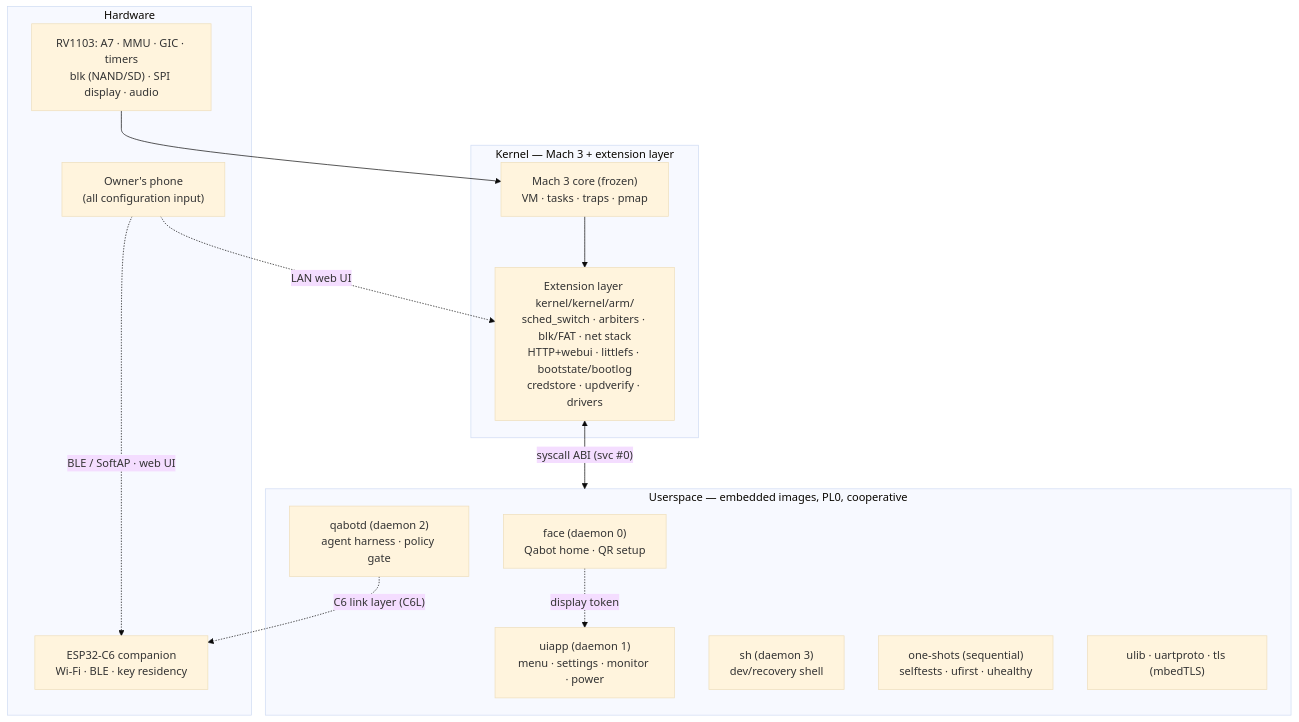
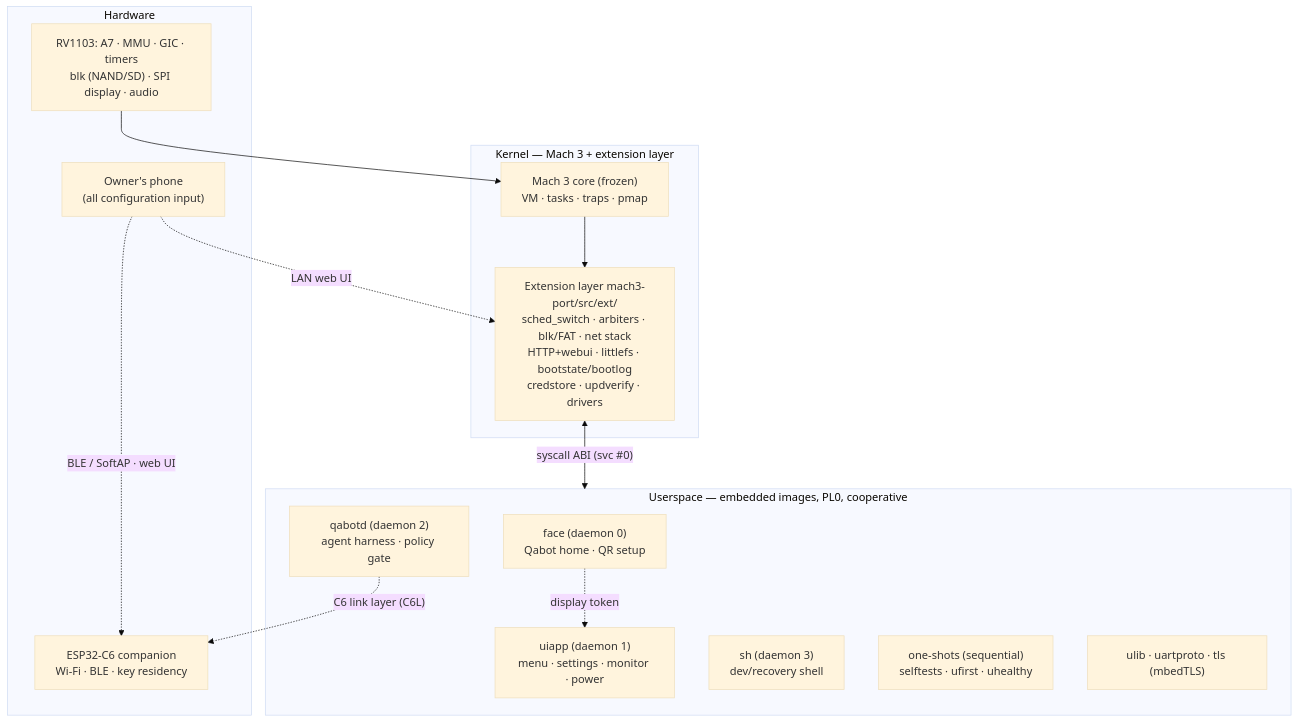
The first of 9 diagrams in docs/ARSITEKTUR-SISTEM.md (hafidz98/qaonicos), drawn with Mermaid (base theme) before and after one commit. The commit also changed 16 other files, not shown here.

First line of the commit message:
Restructure: living-docs path updates + mach3-port layout map

````diff
--- a/docs/ARSITEKTUR-SISTEM.md
+++ b/docs/ARSITEKTUR-SISTEM.md
@@ -63,27 +63,27 @@
 ```mermaid
 graph TB
     subgraph HW["Hardware"]
         RV["RV1103: A7 · MMU · GIC · timers<br/>blk (NAND/SD) · SPI display · audio"]
         C6["ESP32-C6 companion<br/>Wi-Fi · BLE · key residency"]
         PHONE["Owner's phone<br/>(all configuration input)"]
     end
     subgraph K["Kernel — Mach 3 + extension layer"]
         CORE["Mach 3 core (frozen)<br/>VM · tasks · traps · pmap"]
-        EXT["Extension layer kernel/kernel/arm/<br/>sched_switch · arbiters · blk/FAT · net stack<br/>HTTP+webui · littlefs · bootstate/bootlog<br/>credstore · updverify · drivers"]
+        EXT["Extension layer mach3-port/src/ext/<br/>sched_switch · arbiters · blk/FAT · net stack<br/>HTTP+webui · littlefs · bootstate/bootlog<br/>credstore · updverify · drivers"]
     end
     subgraph U["Userspace — embedded images, PL0, cooperative"]
         FACE["face (daemon 0)<br/>Qabot home · QR setup"]
         UIAPP["uiapp (daemon 1)<br/>menu · settings · monitor · power"]
         QABOTD["qabotd (daemon 2)<br/>agent harness · policy gate"]
         SH["sh (daemon 3)<br/>dev/recovery shell"]
         ONE["one-shots (sequential)<br/>selftests · ufirst · uhealthy"]
         LIB["ulib · uartproto · tls (mbedTLS)"]
     end
     RV --> CORE
     CORE --> EXT
     EXT <-->|"syscall ABI (svc #0)"| U
     FACE -.->|"display token"| UIAPP
     QABOTD -.->|"C6 link layer (C6L)"| C6
     PHONE -.->|"BLE / SoftAP · web UI"| C6
     PHONE -.->|"LAN web UI"| EXT
 ```
````
